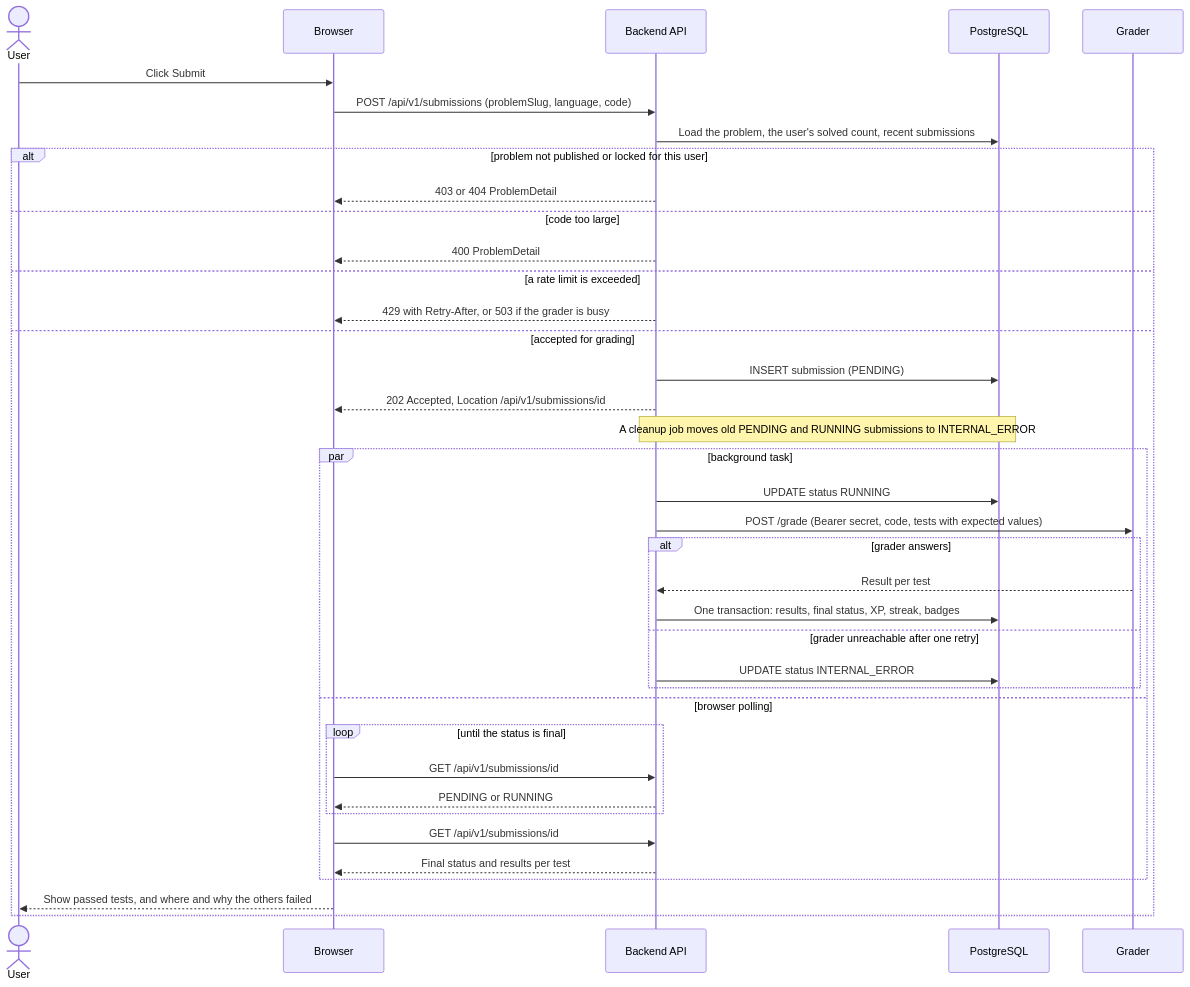
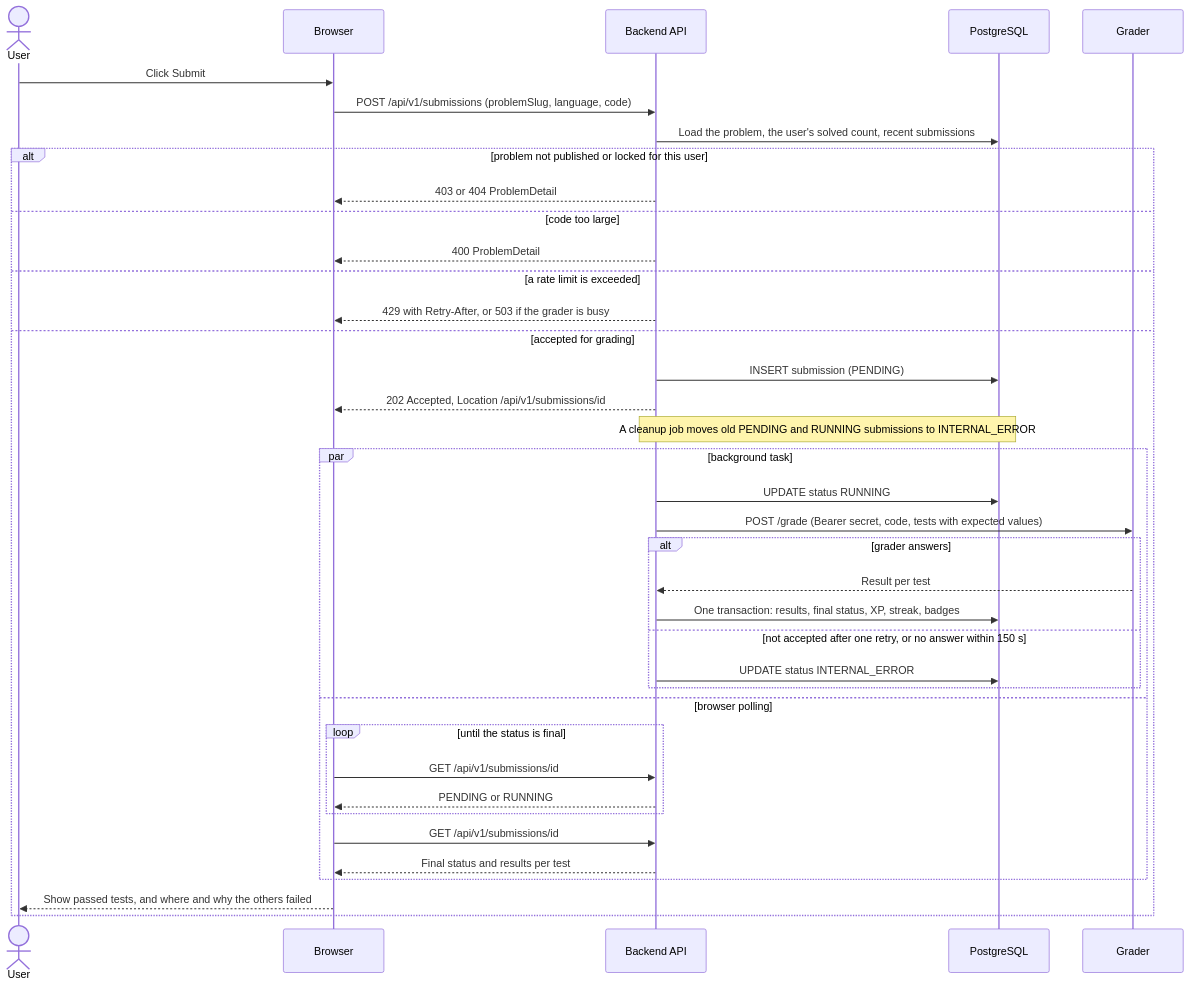
Before and after one commit to Kerolly/software_engineering_II: the fourth of 10 diagrams in docs/design/flows.md, drawn with Mermaid. The commit also changed other lines of this file and 4 other files, not shown here.

````diff
--- a/docs/design/flows.md
+++ b/docs/design/flows.md
@@ -108,41 +110,41 @@
 ```mermaid
 sequenceDiagram
     actor User
     participant B as Browser
     participant API as Backend API
     participant DB as PostgreSQL
     participant G as Grader
 
     User->>B: Click Submit
     B->>API: POST /api/v1/submissions (problemSlug, language, code)
     API->>DB: Load the problem, the user's solved count, recent submissions
     alt problem not published or locked for this user
         API-->>B: 403 or 404 ProblemDetail
     else code too large
         API-->>B: 400 ProblemDetail
     else a rate limit is exceeded
         API-->>B: 429 with Retry-After, or 503 if the grader is busy
     else accepted for grading
         API->>DB: INSERT submission (PENDING)
         API-->>B: 202 Accepted, Location /api/v1/submissions/id
         Note over API,DB: A cleanup job moves old PENDING and RUNNING submissions to INTERNAL_ERROR
         par background task
             API->>DB: UPDATE status RUNNING
             API->>G: POST /grade (Bearer secret, code, tests with expected values)
             alt grader answers
                 G-->>API: Result per test
                 API->>DB: One transaction: results, final status, XP, streak, badges
-            else grader unreachable after one retry
+            else not accepted after one retry, or no answer within 150 s
                 API->>DB: UPDATE status INTERNAL_ERROR
             end
         and browser polling
             loop until the status is final
                 B->>API: GET /api/v1/submissions/id
                 API-->>B: PENDING or RUNNING
             end
             B->>API: GET /api/v1/submissions/id
             API-->>B: Final status and results per test
         end
         B-->>User: Show passed tests, and where and why the others failed
     end
 ```
````
